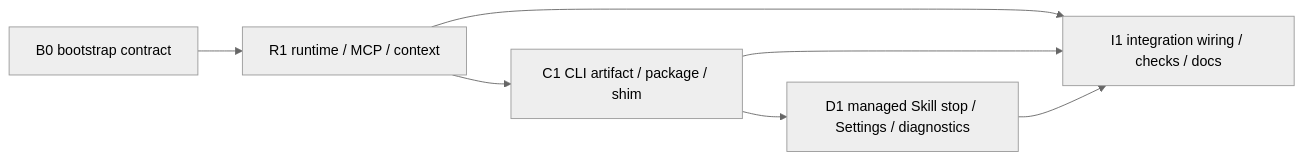
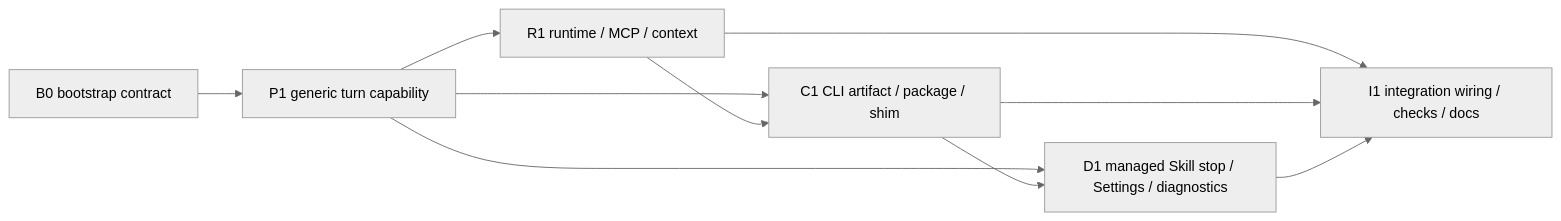
One commit to natumekazuki/WithMate changed the diagram in docs/plans/20260831-provider-common-memory-mcp/plan.md. Above: the diagram before and after it, drawn with Mermaid (neutral theme). The commit also changed other lines of this file and 2 other files, not shown here.

````diff
--- a/docs/plans/20260831-provider-common-memory-mcp/plan.md
+++ b/docs/plans/20260831-provider-common-memory-mcp/plan.md
@@ -197,9 +207,12 @@
 ```mermaid
 flowchart LR
-  B0["B0 bootstrap contract"] --> R1["R1 runtime / MCP / context"]
+  B0["B0 bootstrap contract"] --> P1["P1 generic turn capability"]
+  P1 --> R1["R1 runtime / MCP / context"]
+  P1 --> C1["C1 CLI artifact / package / shim"]
+  P1 --> D1["D1 managed Skill stop / Settings / diagnostics"]
   R1 --> C1["C1 CLI artifact / package / shim"]
   C1 --> D1["D1 managed Skill stop / Settings / diagnostics"]
   R1 --> I1["I1 integration wiring / checks / docs"]
   C1 --> I1
   D1 --> I1
 ```
````
